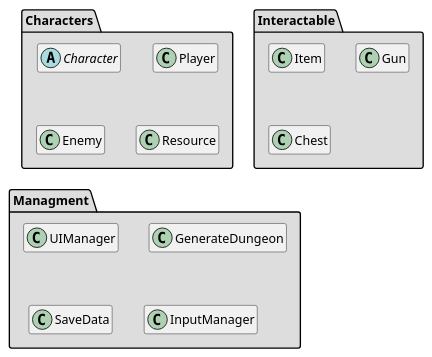
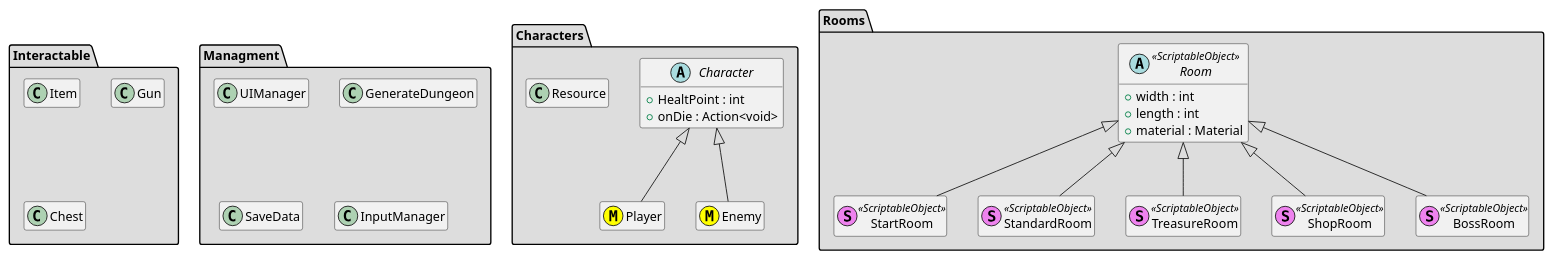
The diagram in BrokenPixels/Assets/PlanUml/UMLProject.puml (SpaceMonkey97/BrokenPixels), drawn with PlantUML before and after one commit. The commit also changed 64 other files, not shown here.

Commit message:
Create Visual Tool for Room - Update UML

```diff
--- a/BrokenPixels/Assets/PlanUml/UMLProject.puml
+++ b/BrokenPixels/Assets/PlanUml/UMLProject.puml
@@ -1,26 +1,54 @@
 @startuml
 hide empty members
 
 package Characters #DDDDDD
 {
-    abstract class Character
-    class Player
-    class Enemy
+    abstract class Character {
+        +HealtPoint : int
+        +onDie : Action<void>
+    }
+    
+    class Player <<(M, yellow)>>
+    class Enemy <<(M, yellow)>>
     class Resource
+    
+    Character <|-- Player
+    Character <|-- Enemy
 }
 
 package Interactable #DDDDDD
 {
     class Item
     class Gun
     class Chest
+}
+
+package Rooms #DDDDDD
+{
+    abstract class Room <<ScriptableObject>>{
+        +width : int
+        +length : int
+        +material : Material
+    }
+    
+    class StartRoom <<(S, violet) ScriptableObject>>
+    class StandardRoom <<(S, violet) ScriptableObject>>
+    class TreasureRoom <<(S, violet) ScriptableObject>>
+    class ShopRoom <<(S, violet) ScriptableObject>>
+    class BossRoom <<(S, violet) ScriptableObject>>
+    
+    Room <|-- StartRoom
+    Room <|-- StandardRoom
+    Room <|-- TreasureRoom
+    Room <|-- ShopRoom
+    Room <|-- BossRoom
 }
 
 package Managment #DDDDDD
 {
     class UIManager
     class GenerateDungeon
     class SaveData
     class InputManager
 }
 @enduml
```
